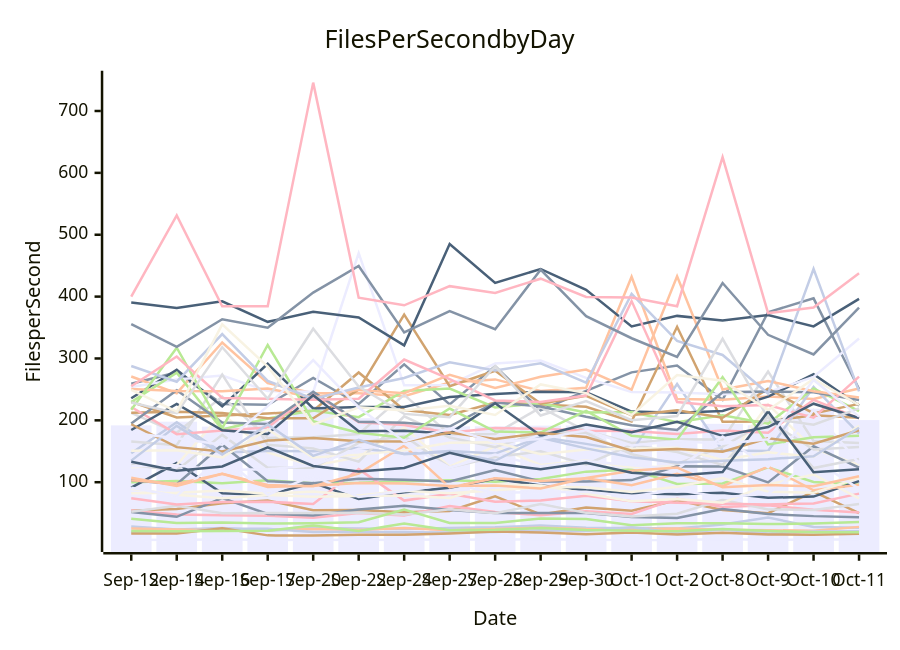
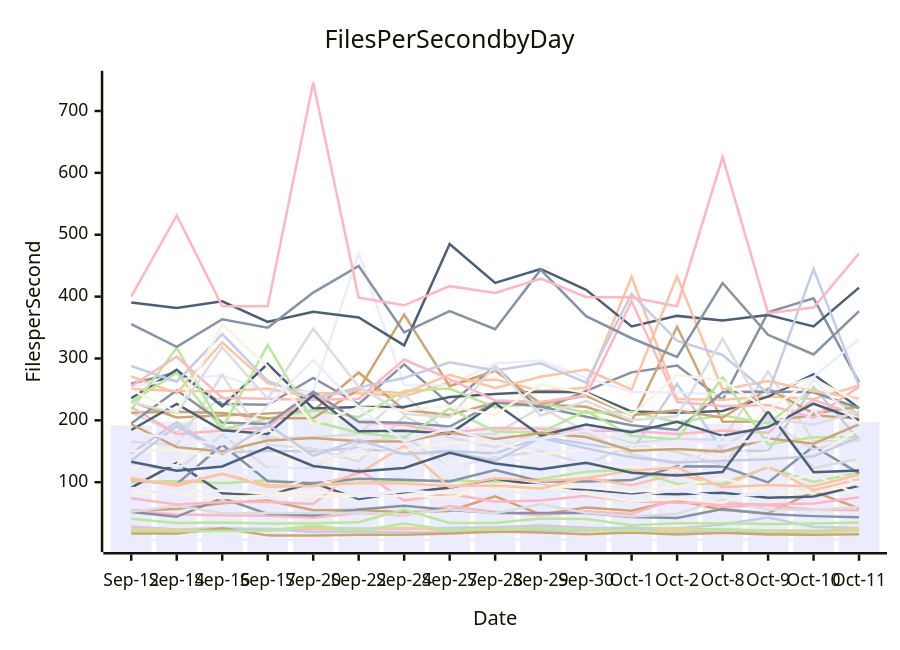
The diagram in perf-report.md (streetsidesoftware/cspell), drawn with Mermaid before and after one commit. The commit also changed other lines of this file and 2 other files, not shown here.

````diff
--- a/perf-report.md
+++ b/perf-report.md
@@ -11,57 +11,57 @@
 ```mermaid
 xychart-beta
     title Files Per Second by Day
     y-axis Files per Second
     x-axis Date [Sep-12, Sep-14, Sep-16, Sep-17, Sep-20, Sep-22, Sep-24, Sep-27, Sep-28, Sep-29, Sep-30, Oct-1, Oct-2, Oct-8, Oct-9, Oct-10, Oct-11]
-    bar [191.83, 197.87, 189.83, 198.93, 223.14, 203.41, 191.85, 190.34, 190.33, 191.42, 191.65, 187.17, 187.29, 194.39, 192.05, 218.83, 200.43]
-    line [259.14, 277.45, 226.45, 225.10, 268.40, 226.40, 290.41, 225.84, 287.60, 216.33, 247.70, 277.53, 288.63, 233.16, 374.71, 397.16, 250.69]
-    line [270.83, 243.92, 325.88, 260.22, 243.99, 243.96, 239.11, 261.23, 266.19, 247.38, 252.69, 432.16, 234.56, 233.40, 238.56, 234.64, 251.35]
-    line [212.19, 179.89, 238.35, 171.61, 172.61, 177.91, 241.32, 177.39, 178.05, 221.01, 182.74, 163.48, 169.32, 168.97, 278.92, 166.54, 163.26]
-    line [99.90, 101.98, 98.46, 103.01, 98.38, 99.03, 101.47, 103.27, 100.93, 105.22, 117.10, 120.39, 97.23, 97.90, 123.96, 100.36, 96.36]
-    line [54.08, 56.65, 66.08, 70.58, 54.86, 55.17, 51.26, 53.54, 77.09, 47.84, 59.17, 54.01, 70.63, 55.18, 49.90, 84.72, 50.16]
-    line [28.54, 23.63, 25.87, 21.39, 25.97, 25.29, 24.28, 26.03, 27.14, 29.89, 26.22, 25.83, 25.33, 31.76, 42.94, 27.61, 26.45]
-    line [54.31, 47.78, 46.42, 45.99, 42.51, 50.42, 46.36, 61.34, 51.99, 46.51, 53.11, 48.59, 73.40, 59.94, 62.62, 55.56, 51.03]
-    line [91.26, 130.94, 82.16, 79.40, 98.84, 72.96, 83.85, 90.86, 105.55, 94.80, 87.05, 82.35, 80.71, 82.95, 74.90, 76.80, 101.70]
-    line [124.19, 127.77, 210.87, 148.03, 126.65, 140.55, 188.49, 125.20, 157.87, 127.91, 135.21, 124.24, 125.20, 125.79, 225.70, 154.24, 128.09]
-    line [6.93, 6.69, 7.98, 6.67, 6.83, 6.48, 7.18, 7.27, 6.94, 7.83, 6.98, 6.40, 6.43, 8.18, 6.76, 7.44, 7.61]
-    line [51.70, 44.11, 74.38, 48.80, 46.22, 56.03, 61.86, 55.07, 50.38, 50.26, 50.11, 43.90, 42.10, 56.81, 48.66, 45.19, 43.49]
-    line [25.15, 23.74, 22.20, 23.03, 24.38, 22.79, 25.90, 22.55, 24.52, 26.32, 24.36, 24.04, 25.09, 23.35, 22.45, 21.51, 27.81]
-    line [52.43, 61.82, 49.92, 50.20, 50.36, 50.54, 47.43, 56.40, 49.96, 64.67, 50.46, 44.40, 48.96, 71.61, 56.00, 55.29, 64.77]
-    line [41.14, 33.93, 34.79, 33.36, 33.83, 35.26, 55.80, 33.99, 34.03, 41.23, 40.49, 30.44, 33.53, 33.57, 32.29, 33.27, 35.50]
-    line [230.07, 204.55, 207.72, 211.00, 215.66, 277.45, 216.60, 208.75, 228.82, 225.46, 221.92, 198.17, 351.24, 197.76, 198.13, 208.30, 204.30]
-    line [146.78, 197.07, 148.01, 150.26, 150.22, 155.16, 146.16, 150.57, 146.25, 172.87, 161.95, 149.25, 258.77, 151.43, 150.43, 254.02, 178.69]
-    line [74.08, 63.80, 67.85, 68.28, 64.95, 121.18, 70.33, 81.37, 68.55, 70.46, 78.07, 69.43, 66.84, 65.37, 64.09, 65.74, 81.60]
-    line [235.76, 281.57, 222.43, 291.44, 219.17, 221.75, 221.55, 237.73, 242.39, 246.40, 245.33, 214.25, 212.38, 215.08, 238.25, 274.47, 224.07]
-    line [89.26, 79.87, 74.03, 79.32, 76.57, 77.71, 78.68, 74.59, 96.62, 94.86, 81.46, 69.18, 73.06, 66.65, 96.25, 112.51, 73.74]
-    line [253.99, 265.83, 272.53, 247.23, 246.03, 470.19, 256.56, 257.27, 291.74, 296.65, 268.66, 245.94, 244.92, 242.23, 245.65, 270.12, 332.33]
-    line [103.06, 96.78, 160.57, 101.71, 98.32, 105.51, 103.82, 101.18, 119.72, 101.30, 101.24, 103.40, 125.70, 125.48, 99.76, 158.05, 123.70]
-    line [102.97, 97.36, 113.44, 95.42, 93.37, 113.84, 158.94, 91.50, 106.48, 102.03, 106.46, 94.98, 113.77, 93.63, 125.18, 87.00, 95.73]
-    line [165.68, 159.91, 274.11, 160.48, 154.49, 133.29, 206.55, 172.23, 156.59, 180.95, 179.76, 145.22, 129.53, 157.39, 199.58, 152.82, 156.77]
-    line [229.76, 276.88, 185.15, 203.08, 216.06, 205.09, 247.61, 251.50, 220.80, 227.59, 212.73, 213.55, 197.04, 208.25, 194.51, 251.63, 214.96]
-    line [212.41, 213.84, 211.89, 203.30, 203.26, 249.81, 370.77, 255.08, 280.21, 227.10, 239.56, 208.40, 216.14, 204.22, 251.15, 211.26, 226.64]
-    line [19.65, 18.79, 24.79, 24.63, 19.73, 20.13, 19.16, 18.74, 19.48, 22.38, 21.10, 27.10, 18.00, 23.58, 17.31, 20.37, 20.61]
-    line [221.56, 177.63, 183.43, 188.58, 244.43, 196.97, 192.51, 179.82, 187.80, 186.23, 183.20, 182.62, 177.99, 183.70, 179.89, 233.14, 203.30]
-    line [390.41, 381.43, 392.33, 359.21, 375.60, 366.33, 321.23, 484.87, 422.08, 444.64, 410.96, 351.78, 368.84, 361.47, 370.09, 351.86, 396.22]
-    line [82.03, 82.90, 86.51, 81.41, 84.89, 78.73, 86.02, 82.17, 86.87, 92.07, 92.00, 84.24, 92.67, 106.68, 84.76, 82.82, 107.00]
-    line [90.96, 77.91, 142.49, 79.52, 110.64, 76.31, 85.79, 97.01, 82.92, 84.16, 84.72, 77.34, 87.34, 75.86, 81.29, 136.91, 89.30]
-    line [194.84, 248.77, 196.63, 194.10, 246.18, 197.54, 195.96, 190.07, 228.82, 222.46, 205.73, 192.21, 184.58, 245.51, 246.82, 245.36, 232.94]
-    line [250.64, 247.49, 246.97, 251.50, 236.84, 249.23, 243.91, 273.74, 252.33, 270.33, 282.14, 249.68, 432.83, 249.77, 263.65, 247.10, 237.07]
-    line [127.69, 119.42, 176.53, 123.45, 123.33, 163.66, 174.86, 123.76, 140.60, 149.87, 128.75, 160.37, 148.80, 127.97, 206.50, 122.84, 137.51]
-    line [217.04, 317.36, 187.32, 321.78, 198.42, 179.83, 171.82, 219.08, 181.95, 180.26, 215.27, 175.03, 168.70, 269.72, 161.18, 172.81, 175.13]
-    line [17.01, 17.04, 25.59, 14.10, 13.68, 15.06, 15.07, 17.30, 20.40, 18.84, 16.01, 18.80, 15.62, 18.14, 15.49, 15.23, 16.77]
-    line [287.76, 262.40, 339.51, 263.75, 234.66, 253.01, 268.39, 293.97, 280.40, 292.26, 260.88, 404.51, 328.53, 305.64, 243.36, 444.70, 246.80]
-    line [255.09, 303.17, 236.15, 234.71, 233.17, 234.84, 298.34, 266.72, 232.18, 229.70, 240.06, 392.72, 229.48, 222.78, 224.66, 204.36, 270.74]
-    line [184.39, 226.41, 183.84, 178.08, 240.62, 182.34, 183.11, 178.48, 227.71, 175.37, 193.07, 180.70, 197.68, 174.97, 189.16, 226.87, 203.82]
-    line [150.67, 151.50, 140.12, 185.15, 139.87, 144.59, 151.47, 163.76, 164.48, 145.07, 153.00, 154.07, 155.61, 136.07, 148.26, 141.19, 191.05]
-    line [125.66, 126.89, 119.89, 121.04, 127.46, 154.00, 162.49, 123.69, 144.71, 125.72, 134.25, 127.46, 121.17, 173.95, 124.58, 216.72, 130.54]
-    line [355.63, 318.90, 363.44, 349.72, 406.48, 449.44, 342.12, 376.67, 347.31, 443.48, 368.45, 332.70, 302.48, 422.03, 338.21, 306.48, 382.03]
-    line [107.06, 93.89, 113.70, 92.25, 94.28, 98.57, 98.01, 93.82, 94.62, 89.71, 106.79, 118.50, 123.61, 91.76, 95.32, 93.61, 109.51]
-    line [228.82, 211.67, 318.15, 234.86, 348.02, 254.54, 210.42, 205.10, 287.53, 207.85, 231.21, 200.22, 207.10, 331.74, 203.63, 192.81, 219.39]
-    line [21.07, 20.76, 21.20, 21.42, 29.89, 21.10, 33.29, 22.21, 22.99, 25.81, 22.79, 21.40, 20.78, 24.57, 21.27, 19.07, 19.28]
-    line [193.68, 156.67, 149.67, 167.24, 171.44, 166.11, 165.94, 180.17, 169.69, 179.61, 173.13, 150.88, 153.50, 149.45, 170.98, 162.38, 183.87]
-    line [134.89, 191.12, 144.91, 193.30, 142.56, 168.42, 145.10, 149.37, 134.63, 171.73, 154.69, 140.49, 131.94, 134.65, 137.28, 142.04, 188.09]
-    line [400.11, 531.12, 384.37, 384.60, 745.85, 398.12, 385.90, 416.89, 405.74, 428.96, 399.50, 398.65, 384.43, 625.58, 373.38, 382.28, 437.75]
-    line [133.12, 118.61, 125.51, 156.41, 126.36, 117.29, 122.97, 147.55, 130.31, 120.84, 131.56, 115.38, 110.82, 116.53, 214.42, 116.00, 120.78]
-    line [249.06, 214.17, 355.08, 286.90, 193.09, 220.97, 216.09, 223.67, 208.59, 258.02, 244.00, 208.42, 273.15, 264.14, 216.71, 266.75, 224.74]
-    line [179.54, 171.09, 160.76, 222.99, 297.37, 220.86, 165.88, 186.63, 165.05, 169.83, 183.91, 159.55, 166.58, 162.12, 169.35, 265.31, 205.98]
+    bar [191.83, 197.87, 189.83, 198.93, 223.14, 203.41, 191.85, 190.34, 190.33, 191.42, 191.65, 187.17, 187.29, 194.39, 192.05, 218.83, 197.10]
+    line [259.14, 277.45, 226.45, 225.10, 268.40, 226.40, 290.41, 225.84, 287.60, 216.33, 247.70, 277.53, 288.63, 233.16, 374.71, 397.16, 261.34]
+    line [270.83, 243.92, 325.88, 260.22, 243.99, 243.96, 239.11, 261.23, 266.19, 247.38, 252.69, 432.16, 234.56, 233.40, 238.56, 234.64, 256.33]
+    line [212.19, 179.89, 238.35, 171.61, 172.61, 177.91, 241.32, 177.39, 178.05, 221.01, 182.74, 163.48, 169.32, 168.97, 278.92, 166.54, 166.53]
+    line [99.90, 101.98, 98.46, 103.01, 98.38, 99.03, 101.47, 103.27, 100.93, 105.22, 117.10, 120.39, 97.23, 97.90, 123.96, 100.36, 115.55]
+    line [54.08, 56.65, 66.08, 70.58, 54.86, 55.17, 51.26, 53.54, 77.09, 47.84, 59.17, 54.01, 70.63, 55.18, 49.90, 84.72, 57.64]
+    line [28.54, 23.63, 25.87, 21.39, 25.97, 25.29, 24.28, 26.03, 27.14, 29.89, 26.22, 25.83, 25.33, 31.76, 42.94, 27.61, 25.97]
+    line [54.31, 47.78, 46.42, 45.99, 42.51, 50.42, 46.36, 61.34, 51.99, 46.51, 53.11, 48.59, 73.40, 59.94, 62.62, 55.56, 54.77]
+    line [91.26, 130.94, 82.16, 79.40, 98.84, 72.96, 83.85, 90.86, 105.55, 94.80, 87.05, 82.35, 80.71, 82.95, 74.90, 76.80, 94.05]
+    line [124.19, 127.77, 210.87, 148.03, 126.65, 140.55, 188.49, 125.20, 157.87, 127.91, 135.21, 124.24, 125.20, 125.79, 225.70, 154.24, 126.07]
+    line [6.93, 6.69, 7.98, 6.67, 6.83, 6.48, 7.18, 7.27, 6.94, 7.83, 6.98, 6.40, 6.43, 8.18, 6.76, 7.44, 7.30]
+    line [51.70, 44.11, 74.38, 48.80, 46.22, 56.03, 61.86, 55.07, 50.38, 50.26, 50.11, 43.90, 42.10, 56.81, 48.66, 45.19, 43.33]
+    line [25.15, 23.74, 22.20, 23.03, 24.38, 22.79, 25.90, 22.55, 24.52, 26.32, 24.36, 24.04, 25.09, 23.35, 22.45, 21.51, 25.71]
+    line [52.43, 61.82, 49.92, 50.20, 50.36, 50.54, 47.43, 56.40, 49.96, 64.67, 50.46, 44.40, 48.96, 71.61, 56.00, 55.29, 59.99]
+    line [41.14, 33.93, 34.79, 33.36, 33.83, 35.26, 55.80, 33.99, 34.03, 41.23, 40.49, 30.44, 33.53, 33.57, 32.29, 33.27, 34.79]
+    line [230.07, 204.55, 207.72, 211.00, 215.66, 277.45, 216.60, 208.75, 228.82, 225.46, 221.92, 198.17, 351.24, 197.76, 198.13, 208.30, 202.68]
+    line [146.78, 197.07, 148.01, 150.26, 150.22, 155.16, 146.16, 150.57, 146.25, 172.87, 161.95, 149.25, 258.77, 151.43, 150.43, 254.02, 168.57]
+    line [74.08, 63.80, 67.85, 68.28, 64.95, 121.18, 70.33, 81.37, 68.55, 70.46, 78.07, 69.43, 66.84, 65.37, 64.09, 65.74, 75.83]
+    line [235.76, 281.57, 222.43, 291.44, 219.17, 221.75, 221.55, 237.73, 242.39, 246.40, 245.33, 214.25, 212.38, 215.08, 238.25, 274.47, 219.66]
+    line [89.26, 79.87, 74.03, 79.32, 76.57, 77.71, 78.68, 74.59, 96.62, 94.86, 81.46, 69.18, 73.06, 66.65, 96.25, 112.51, 78.91]
+    line [253.99, 265.83, 272.53, 247.23, 246.03, 470.19, 256.56, 257.27, 291.74, 296.65, 268.66, 245.94, 244.92, 242.23, 245.65, 270.12, 330.98]
+    line [103.06, 96.78, 160.57, 101.71, 98.32, 105.51, 103.82, 101.18, 119.72, 101.30, 101.24, 103.40, 125.70, 125.48, 99.76, 158.05, 114.31]
+    line [102.97, 97.36, 113.44, 95.42, 93.37, 113.84, 158.94, 91.50, 106.48, 102.03, 106.46, 94.98, 113.77, 93.63, 125.18, 87.00, 104.77]
+    line [165.68, 159.91, 274.11, 160.48, 154.49, 133.29, 206.55, 172.23, 156.59, 180.95, 179.76, 145.22, 129.53, 157.39, 199.58, 152.82, 170.97]
+    line [229.76, 276.88, 185.15, 203.08, 216.06, 205.09, 247.61, 251.50, 220.80, 227.59, 212.73, 213.55, 197.04, 208.25, 194.51, 251.63, 210.60]
+    line [212.41, 213.84, 211.89, 203.30, 203.26, 249.81, 370.77, 255.08, 280.21, 227.10, 239.56, 208.40, 216.14, 204.22, 251.15, 211.26, 222.05]
+    line [19.65, 18.79, 24.79, 24.63, 19.73, 20.13, 19.16, 18.74, 19.48, 22.38, 21.10, 27.10, 18.00, 23.58, 17.31, 20.37, 21.44]
+    line [221.56, 177.63, 183.43, 188.58, 244.43, 196.97, 192.51, 179.82, 187.80, 186.23, 183.20, 182.62, 177.99, 183.70, 179.89, 233.14, 207.50]
+    line [390.41, 381.43, 392.33, 359.21, 375.60, 366.33, 321.23, 484.87, 422.08, 444.64, 410.96, 351.78, 368.84, 361.47, 370.09, 351.86, 414.54]
+    line [82.03, 82.90, 86.51, 81.41, 84.89, 78.73, 86.02, 82.17, 86.87, 92.07, 92.00, 84.24, 92.67, 106.68, 84.76, 82.82, 101.29]
+    line [90.96, 77.91, 142.49, 79.52, 110.64, 76.31, 85.79, 97.01, 82.92, 84.16, 84.72, 77.34, 87.34, 75.86, 81.29, 136.91, 94.03]
+    line [194.84, 248.77, 196.63, 194.10, 246.18, 197.54, 195.96, 190.07, 228.82, 222.46, 205.73, 192.21, 184.58, 245.51, 246.82, 245.36, 219.50]
+    line [250.64, 247.49, 246.97, 251.50, 236.84, 249.23, 243.91, 273.74, 252.33, 270.33, 282.14, 249.68, 432.83, 249.77, 263.65, 247.10, 235.41]
+    line [127.69, 119.42, 176.53, 123.45, 123.33, 163.66, 174.86, 123.76, 140.60, 149.87, 128.75, 160.37, 148.80, 127.97, 206.50, 122.84, 138.06]
+    line [217.04, 317.36, 187.32, 321.78, 198.42, 179.83, 171.82, 219.08, 181.95, 180.26, 215.27, 175.03, 168.70, 269.72, 161.18, 172.81, 172.65]
+    line [17.01, 17.04, 25.59, 14.10, 13.68, 15.06, 15.07, 17.30, 20.40, 18.84, 16.01, 18.80, 15.62, 18.14, 15.49, 15.23, 15.94]
+    line [287.76, 262.40, 339.51, 263.75, 234.66, 253.01, 268.39, 293.97, 280.40, 292.26, 260.88, 404.51, 328.53, 305.64, 243.36, 444.70, 255.37]
+    line [255.09, 303.17, 236.15, 234.71, 233.17, 234.84, 298.34, 266.72, 232.18, 229.70, 240.06, 392.72, 229.48, 222.78, 224.66, 204.36, 254.42]
+    line [184.39, 226.41, 183.84, 178.08, 240.62, 182.34, 183.11, 178.48, 227.71, 175.37, 193.07, 180.70, 197.68, 174.97, 189.16, 226.87, 200.18]
+    line [150.67, 151.50, 140.12, 185.15, 139.87, 144.59, 151.47, 163.76, 164.48, 145.07, 153.00, 154.07, 155.61, 136.07, 148.26, 141.19, 185.69]
+    line [125.66, 126.89, 119.89, 121.04, 127.46, 154.00, 162.49, 123.69, 144.71, 125.72, 134.25, 127.46, 121.17, 173.95, 124.58, 216.72, 133.97]
+    line [355.63, 318.90, 363.44, 349.72, 406.48, 449.44, 342.12, 376.67, 347.31, 443.48, 368.45, 332.70, 302.48, 422.03, 338.21, 306.48, 376.46]
+    line [107.06, 93.89, 113.70, 92.25, 94.28, 98.57, 98.01, 93.82, 94.62, 89.71, 106.79, 118.50, 123.61, 91.76, 95.32, 93.61, 112.00]
+    line [228.82, 211.67, 318.15, 234.86, 348.02, 254.54, 210.42, 205.10, 287.53, 207.85, 231.21, 200.22, 207.10, 331.74, 203.63, 192.81, 213.97]
+    line [21.07, 20.76, 21.20, 21.42, 29.89, 21.10, 33.29, 22.21, 22.99, 25.81, 22.79, 21.40, 20.78, 24.57, 21.27, 19.07, 21.50]
+    line [193.68, 156.67, 149.67, 167.24, 171.44, 166.11, 165.94, 180.17, 169.69, 179.61, 173.13, 150.88, 153.50, 149.45, 170.98, 162.38, 193.61]
+    line [134.89, 191.12, 144.91, 193.30, 142.56, 168.42, 145.10, 149.37, 134.63, 171.73, 154.69, 140.49, 131.94, 134.65, 137.28, 142.04, 172.94]
+    line [400.11, 531.12, 384.37, 384.60, 745.85, 398.12, 385.90, 416.89, 405.74, 428.96, 399.50, 398.65, 384.43, 625.58, 373.38, 382.28, 469.75]
+    line [133.12, 118.61, 125.51, 156.41, 126.36, 117.29, 122.97, 147.55, 130.31, 120.84, 131.56, 115.38, 110.82, 116.53, 214.42, 116.00, 118.77]
+    line [249.06, 214.17, 355.08, 286.90, 193.09, 220.97, 216.09, 223.67, 208.59, 258.02, 244.00, 208.42, 273.15, 264.14, 216.71, 266.75, 228.80]
+    line [179.54, 171.09, 160.76, 222.99, 297.37, 220.86, 165.88, 186.63, 165.05, 169.83, 183.91, 159.55, 166.58, 162.12, 169.35, 265.31, 194.05]
 ```
````
